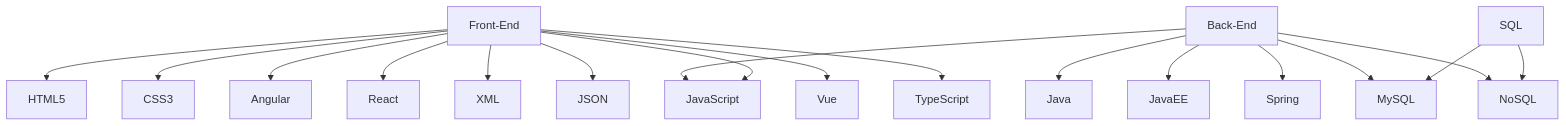
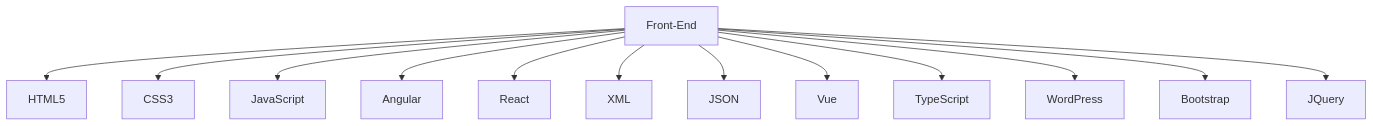
The first of 2 diagrams in README.md (Maxnegrao33/Maxnegrao33), drawn with Mermaid before and after one commit. The commit also changed other lines of this file, not shown here.

````diff
--- a/README.md
+++ b/README.md
@@ -116,23 +116,15 @@
 ```mermaid
 graph TD;
     Front-End-->HTML5;
     Front-End-->CSS3;
     Front-End-->JavaScript;
     Front-End-->Angular;
     Front-End-->React;
     Front-End-->XML;
     Front-End-->JSON;
     Front-End-->Vue;
     Front-End-->TypeScript;
-
-    Back-End-->Java
-    Back-End-->JavaEE
-    Back-End-->Spring
-    Back-End-->JavaScript
-   
-    SQL-->MySQL
-    SQL-->NoSQL
-    Back-End-->NoSQL
-    Back-End-->MySQL
-   
+    Front-End-->WordPress;
+    Front-End-->Bootstrap;
+    Front-End-->JQuery;
    ```
````
